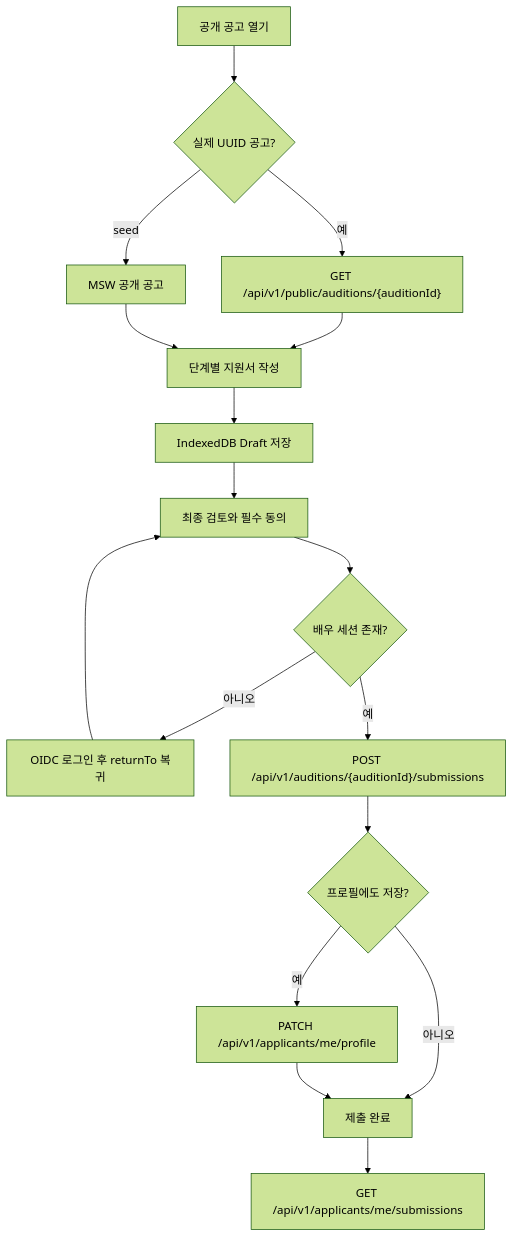
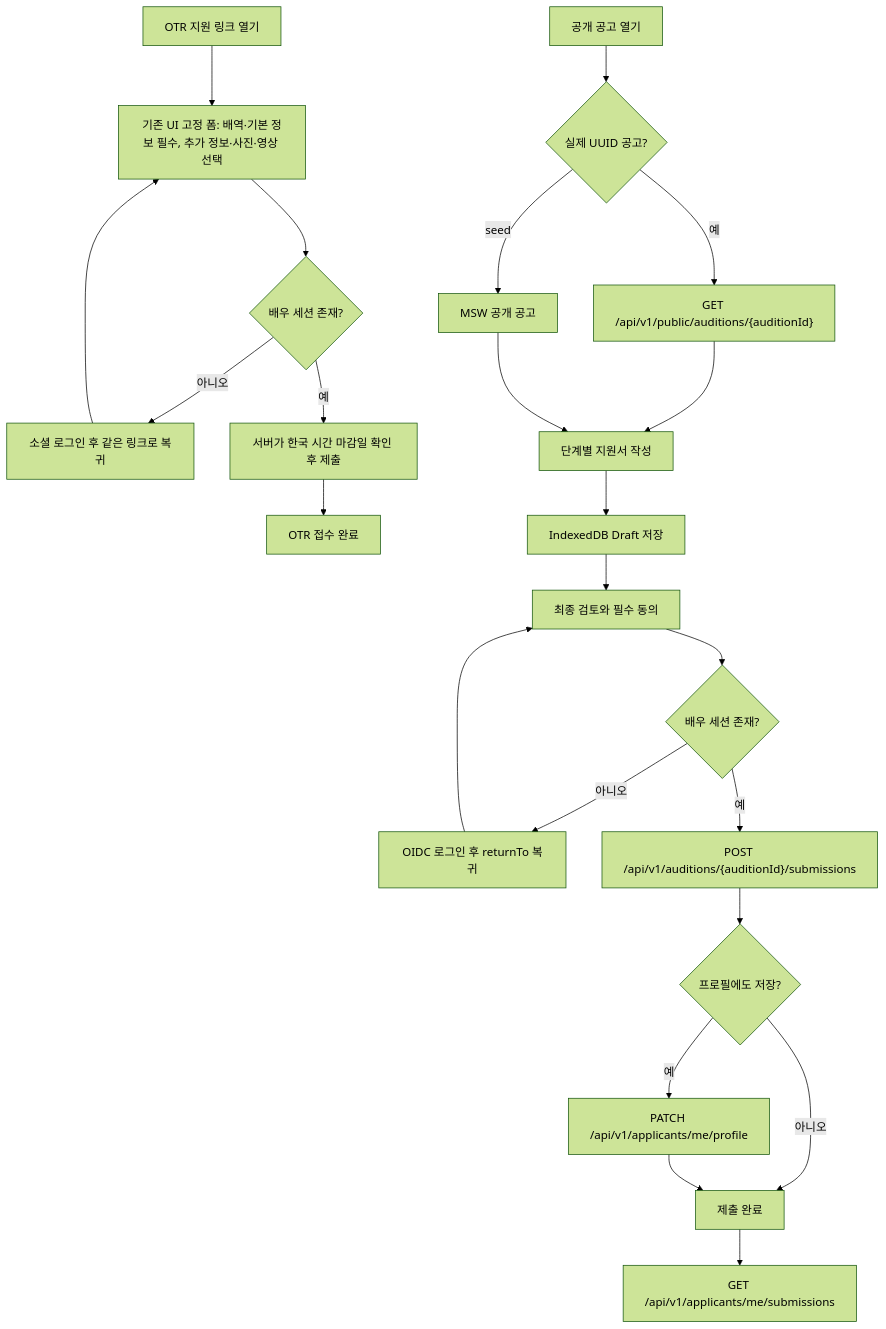
One commit to woowacourse-teams/2026-yesulin changed the diagram in frontend/docs/user-flows/applicant.mmd. Above: the diagram before and after it, drawn with Mermaid (forest theme). The commit also changed other lines of this file and 71 other files, not shown here.

```diff
--- a/frontend/docs/user-flows/applicant.mmd
+++ b/frontend/docs/user-flows/applicant.mmd
@@ -1,17 +1,23 @@
 flowchart TD
+    OTR_LINK["OTR 지원 링크 열기"] --> OTR_FORM["기존 UI 고정 폼: 배역·기본 정보 필수, 추가 정보·사진·영상 선택"]
+    OTR_FORM --> OTR_LOGIN{"배우 세션 존재?"}
+    OTR_LOGIN -- 아니오 --> OTR_AUTH["소셜 로그인 후 같은 링크로 복귀"]
+    OTR_AUTH --> OTR_FORM
+    OTR_LOGIN -- 예 --> OTR_SUBMIT["서버가 한국 시간 마감일 확인 후 제출"]
+    OTR_SUBMIT --> OTR_DONE["OTR 접수 완료"]
     OPEN["공개 공고 열기"] --> LOAD{"실제 UUID 공고?"}
     LOAD -- 예 --> REAL["GET /api/v1/public/auditions/{auditionId}"]
     LOAD -- seed --> MOCK["MSW 공개 공고"]
     REAL --> WRITE["단계별 지원서 작성"]
     MOCK --> WRITE
     WRITE --> DRAFT["IndexedDB Draft 저장"]
     DRAFT --> REVIEW["최종 검토와 필수 동의"]
     REVIEW --> AUTH{"배우 세션 존재?"}
     AUTH -- 아니오 --> LOGIN["OIDC 로그인 후 returnTo 복귀"]
     LOGIN --> REVIEW
     AUTH -- 예 --> SUBMIT["POST /api/v1/auditions/{auditionId}/submissions"]
     SUBMIT --> PROFILE{"프로필에도 저장?"}
     PROFILE -- 예 --> PATCH["PATCH /api/v1/applicants/me/profile"]
     PROFILE -- 아니오 --> DONE["제출 완료"]
     PATCH --> DONE
     DONE --> HISTORY["GET /api/v1/applicants/me/submissions"]
```
